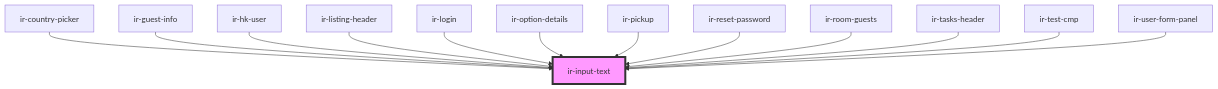
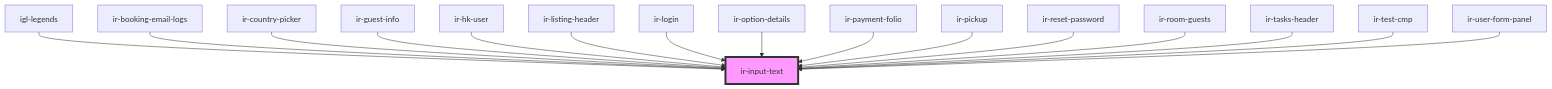
The diagram in src/components/ui/ir-input-text/readme.md (David1Chowaifaty/modified-ir-webcmp), drawn with Mermaid before and after one commit. The commit also changed other lines of this file and 50 other files, not shown here.

````diff
--- a/src/components/ui/ir-input-text/readme.md
+++ b/src/components/ui/ir-input-text/readme.md
@@ -119,16 +123,19 @@
 ```mermaid
 graph TD;
+  igl-legends --> ir-input-text
+  ir-booking-email-logs --> ir-input-text
   ir-country-picker --> ir-input-text
   ir-guest-info --> ir-input-text
   ir-hk-user --> ir-input-text
   ir-listing-header --> ir-input-text
   ir-login --> ir-input-text
   ir-option-details --> ir-input-text
+  ir-payment-folio --> ir-input-text
   ir-pickup --> ir-input-text
   ir-reset-password --> ir-input-text
   ir-room-guests --> ir-input-text
   ir-tasks-header --> ir-input-text
   ir-test-cmp --> ir-input-text
   ir-user-form-panel --> ir-input-text
   style ir-input-text fill:#f9f,stroke:#333,stroke-width:4px
 ```
````
